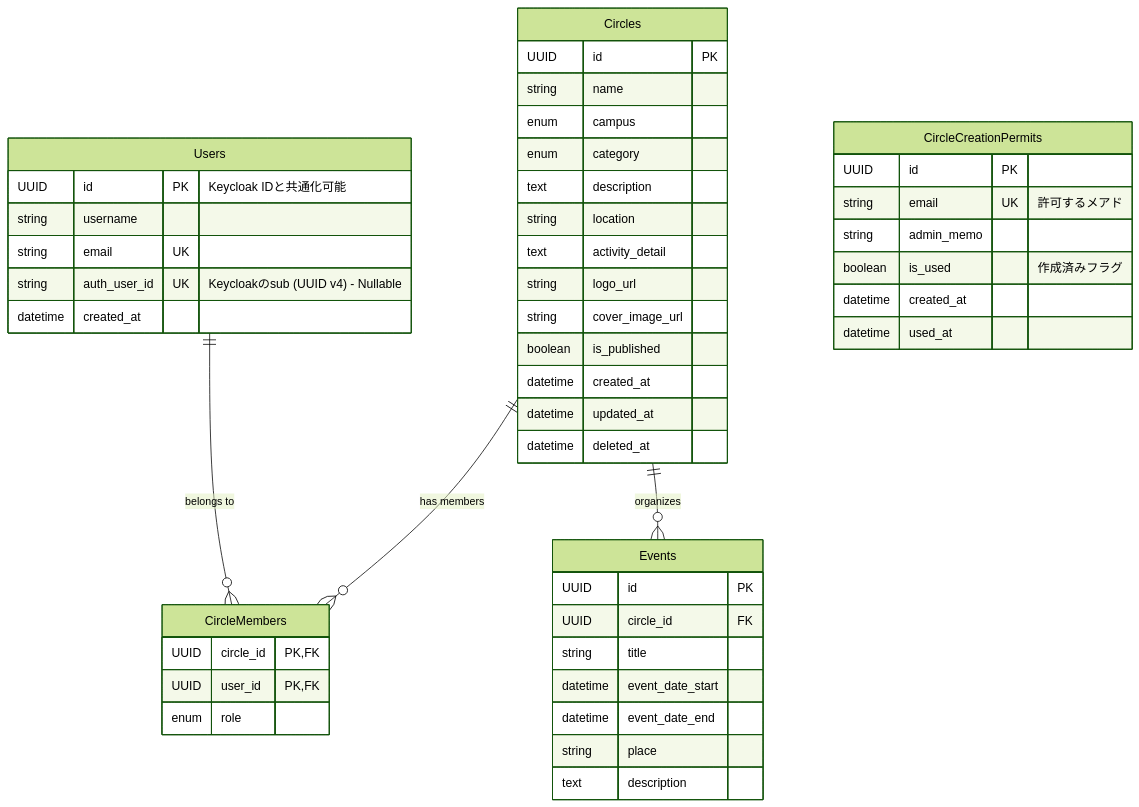
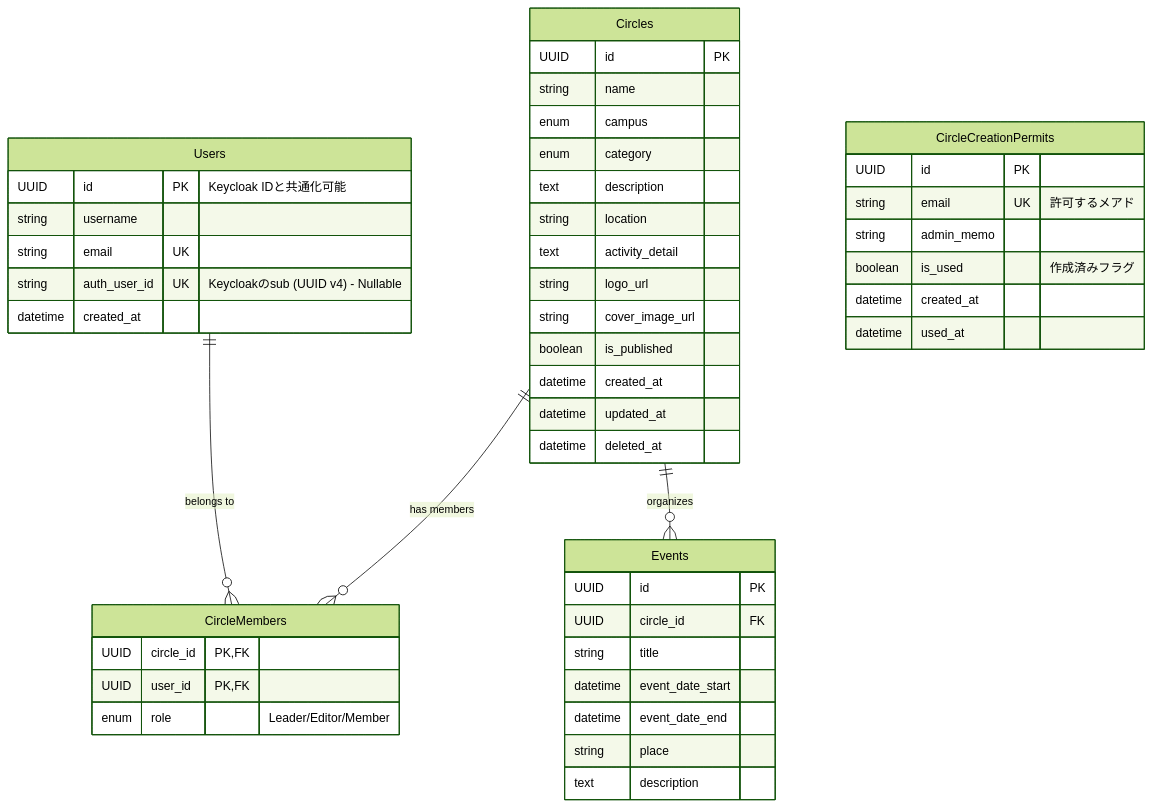
One commit to lc-tut/CirclePortalNEXT changed the second of 3 diagrams in docs/要件定義書.md. Above: the diagram before and after it, drawn with Mermaid (forest theme). The commit also changed other lines of this file and 1 other file, not shown here.

````diff
--- a/docs/要件定義書.md
+++ b/docs/要件定義書.md
@@ -164,55 +170,55 @@
 ```mermaid
 erDiagram
     Users ||--o{ CircleMembers : "belongs to"
     Circles ||--o{ CircleMembers : "has members"
     Circles ||--o{ Events : "organizes"
 
     Users {
         UUID id PK "Keycloak IDと共通化可能"
         string username
         string email UK
         string auth_user_id UK "Keycloakのsub (UUID v4) - Nullable"
         datetime created_at
     }
 
     Circles {
         UUID id PK
         string name
         enum campus
         enum category
         text description
         string location
         text activity_detail
         string logo_url
         string cover_image_url
         boolean is_published
         datetime created_at
         datetime updated_at
         datetime deleted_at
     }
 
     CircleMembers {
         UUID circle_id PK, FK
         UUID user_id PK, FK
-        enum role
+        enum role "Leader/Editor/Member"
     }
 
     Events {
         UUID id PK
         UUID circle_id FK
         string title
         datetime event_date_start
         datetime event_date_end
         string place
         text description
     }
     
     CircleCreationPermits {
         UUID id PK
         string email UK "許可するメアド"
         string admin_memo
         boolean is_used "作成済みフラグ"
         datetime created_at
         datetime used_at
     }
 ```
````
